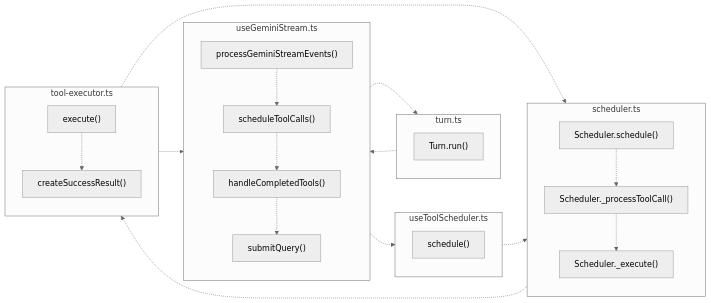
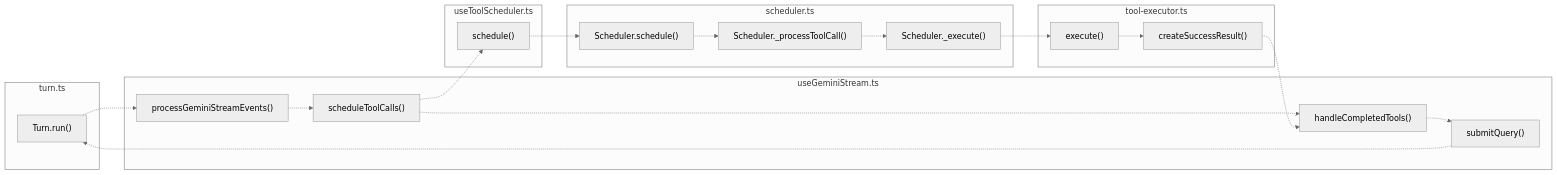
One commit to feuyeux/hello-olleh changed the fifth of 6 diagrams in hello-gemini-cli/03-agent-loop.md. Above: the diagram before and after it, drawn with Mermaid. The commit also changed other lines of this file and 120 other files, not shown here.

````diff
--- a/hello-gemini-cli/03-agent-loop.md
+++ b/hello-gemini-cli/03-agent-loop.md
@@ -278,48 +189,42 @@
 ```mermaid
 %%{init: {'theme': 'neutral'}}%%
-graph LR
+flowchart LR
     subgraph T["turn.ts"]
-        direction TB
         A["Turn.run()"]
     end
 
     subgraph S1["useGeminiStream.ts"]
-        direction TB
         B["processGeminiStreamEvents()"]
         C["scheduleToolCalls()"]
         D["handleCompletedTools()"]
         E["submitQuery()"]
         B -.-> C
         C -.-> D
         D -.-> E
     end
 
     subgraph S2["useToolScheduler.ts"]
-        direction TB
         F["schedule()"]
     end
 
     subgraph S3["scheduler.ts"]
-        direction TB
         G["Scheduler.schedule()"]
         H["Scheduler._processToolCall()"]
         I["Scheduler._execute()"]
         G -.-> H
         H -.-> I
     end
 
     subgraph S4["tool-executor.ts"]
-        direction TB
         J["execute()"]
         K["createSuccessResult()"]
         J -.-> K
     end
 
     A -.-> B
     C -.-> F
     F -.-> G
     I -.-> J
-    K -.-> I
     K -.-> D
     E -.-> A
 ```
````
